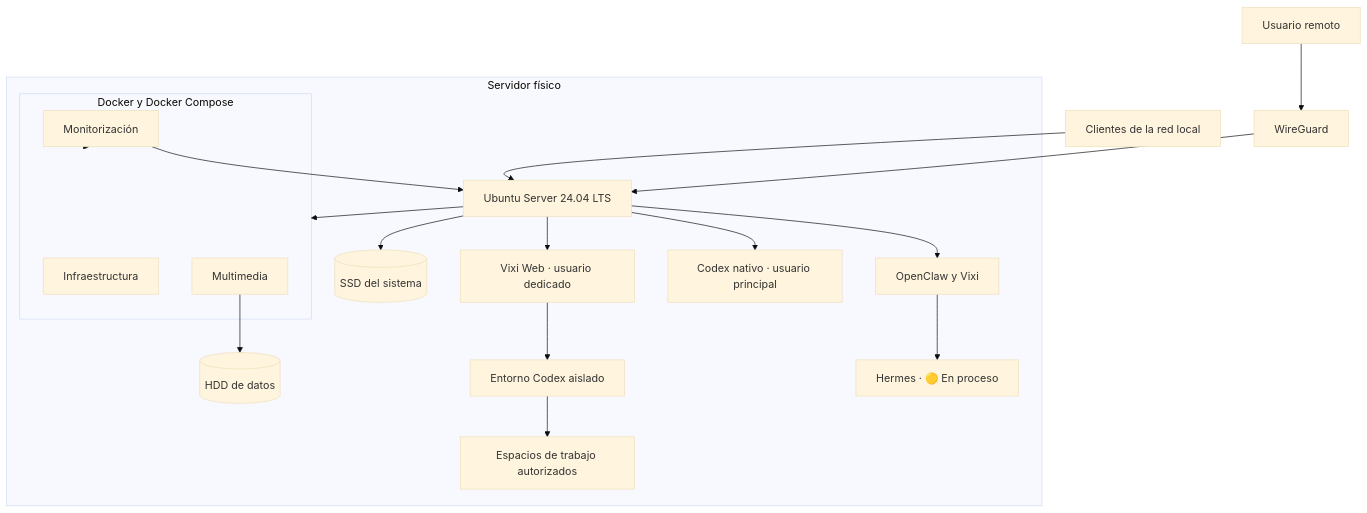
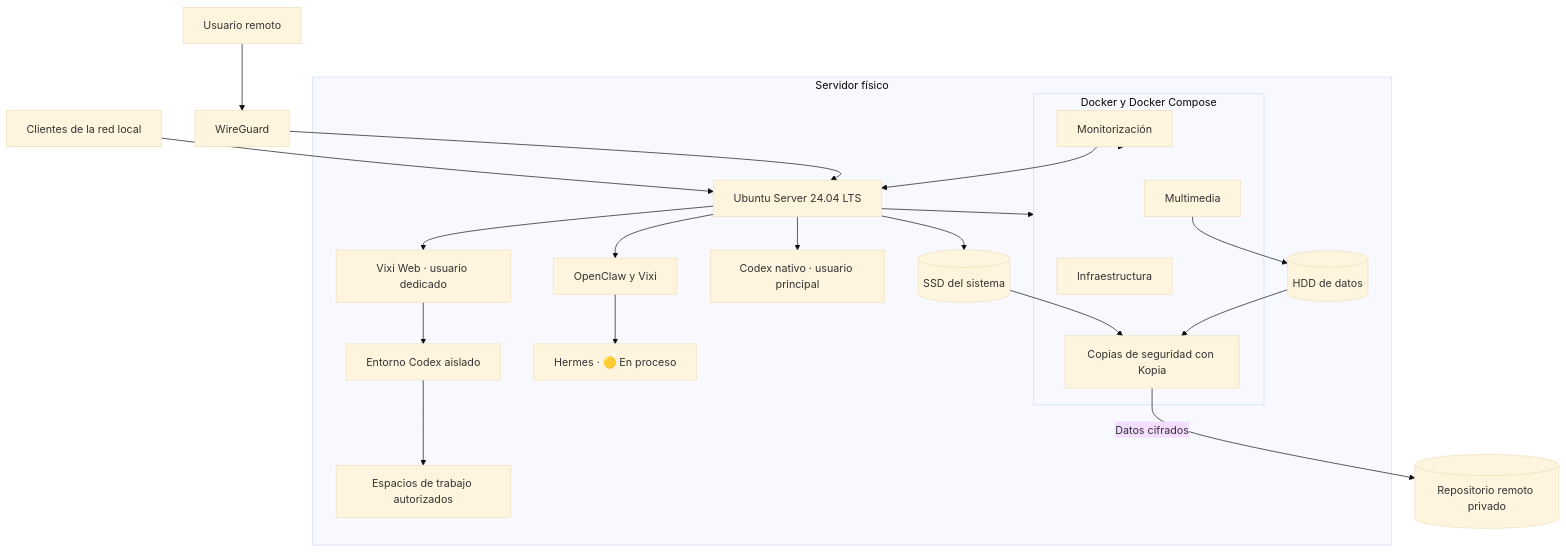
One commit to vix1095/vixi-homelab-docs changed the first of 2 diagrams in docs/arquitectura.md. Above: the diagram before and after it, drawn with Mermaid (base theme). The commit also changed other lines of this file and 5 other files, not shown here.

Commit message:
docs: actualiza sistema de copias de seguridad

````diff
--- a/docs/arquitectura.md
+++ b/docs/arquitectura.md
@@ -7,37 +7,43 @@
 ```mermaid
 flowchart TB
     lan[Clientes de la red local]
     remoto[Usuario remoto]
     wireguard[WireGuard]
 
     subgraph host[Servidor físico]
         ubuntu[Ubuntu Server 24.04 LTS]
 
         subgraph docker[Docker y Docker Compose]
             infraestructura[Infraestructura]
             multimedia[Multimedia]
             monitorizacion[Monitorización]
+            copias[Copias de seguridad con Kopia]
         end
 
         openclaw[OpenClaw y Vixi]
         hermes[Hermes · 🟡 En proceso]
         codex_nativo[Codex nativo · usuario principal]
         vixi_web[Vixi Web · usuario dedicado]
         codex_aislado[Entorno Codex aislado]
         espacios[Espacios de trabajo autorizados]
         sistema[(SSD del sistema)]
         datos[(HDD de datos)]
     end
 
+    repositorio[(Repositorio remoto privado)]
+
     lan --> ubuntu
     remoto --> wireguard --> ubuntu
     ubuntu --> docker
     ubuntu --> openclaw
     openclaw --> hermes
     ubuntu --> codex_nativo
     ubuntu --> vixi_web --> codex_aislado --> espacios
     ubuntu --> sistema
     multimedia --> datos
+    sistema --> copias
+    datos --> copias
+    copias -->|Datos cifrados| repositorio
     monitorizacion --> ubuntu
     monitorizacion --> docker
 ```
````
